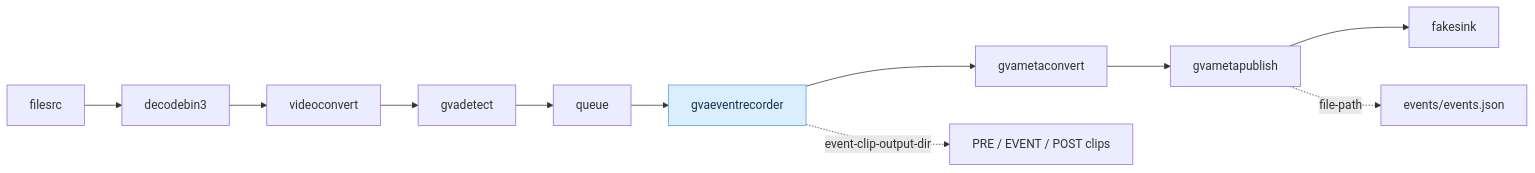
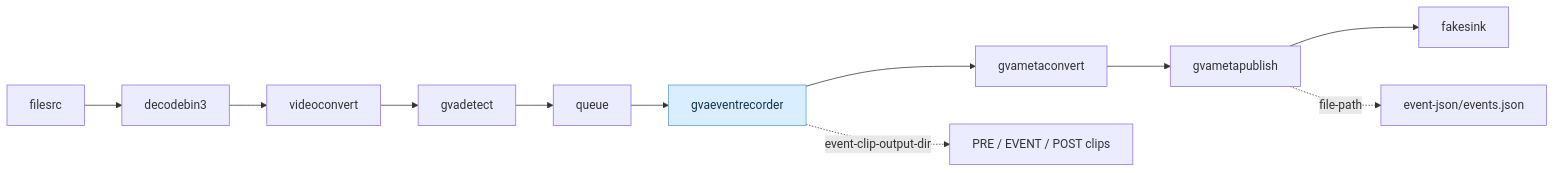
One commit to open-edge-platform/dlstreamer changed the diagram in samples/gstreamer/gst_launch/gvaeventrecorder/README.md. Above: the diagram before and after it, drawn with Mermaid. The commit also changed other lines of this file and 5 other files, not shown here.

````diff
--- a/samples/gstreamer/gst_launch/gvaeventrecorder/README.md
+++ b/samples/gstreamer/gst_launch/gvaeventrecorder/README.md
@@ -10,8 +10,8 @@
 ```mermaid
 flowchart LR
 	source["filesrc"] --> decode["decodebin3"] --> convert["videoconvert"] --> detect["gvadetect"] --> queue["queue"] --> record["gvaeventrecorder"] --> metaConvert["gvametaconvert"] --> publish["gvametapublish"] --> sink["fakesink"]
 	record -. "event-clip-output-dir" .-> clips["PRE / EVENT / POST clips"]
-	publish -. "file-path" .-> events["events/events.json"]
+	publish -. "file-path" .-> events["event-json/events.json"]
 	classDef highlighted fill:#d9efff,stroke:#5b9bd5,color:#17324d
 	class record highlighted
 ```
````
